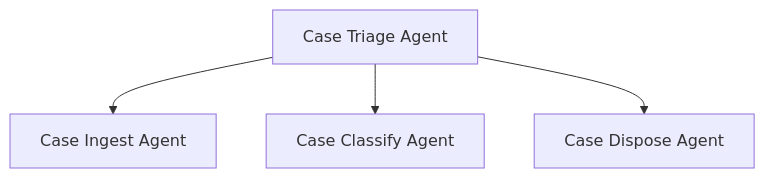
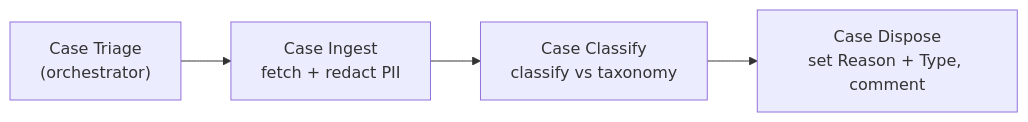
Before and after one commit to veryfront/agentic-case-processing-salesforce: the diagram in README.md, drawn with Mermaid. The commit also changed other lines of this file and 2 other files, not shown here.

````diff
--- a/README.md
+++ b/README.md
@@ -5,6 +17,6 @@
 ```mermaid
-flowchart TD
-  Triage["Case Triage Agent"] --> Ingest["Case Ingest Agent"]
-  Triage["Case Triage Agent"] --> Classify["Case Classify Agent"]
-  Triage["Case Triage Agent"] --> Dispose["Case Dispose Agent"]
+flowchart LR
+  Triage["Case Triage<br/>(orchestrator)"] --> Ingest["Case Ingest<br/>fetch + redact PII"]
+  Ingest --> Classify["Case Classify<br/>classify vs taxonomy"]
+  Classify --> Dispose["Case Dispose<br/>set Reason + Type, comment"]
 ```
````
